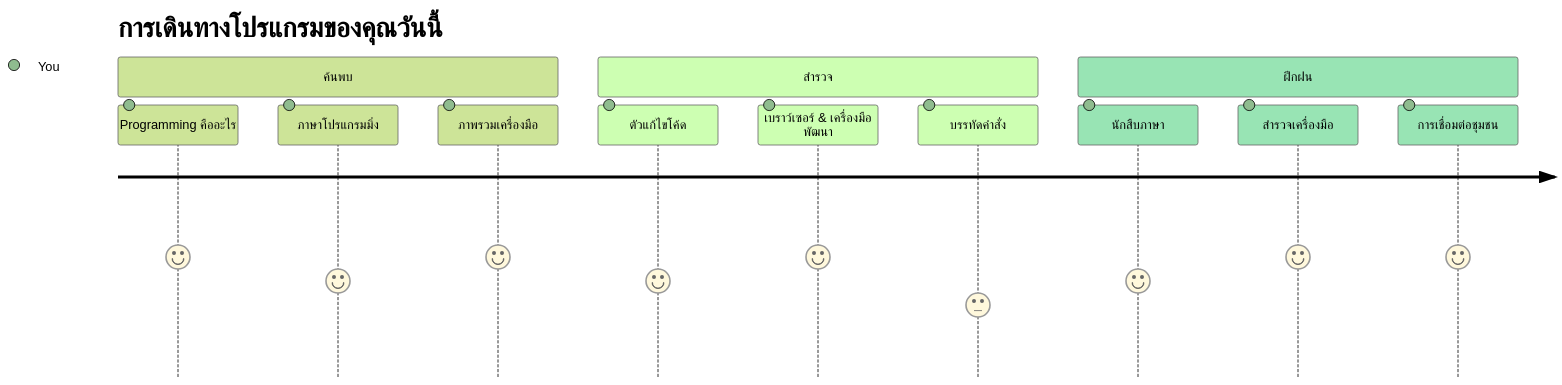
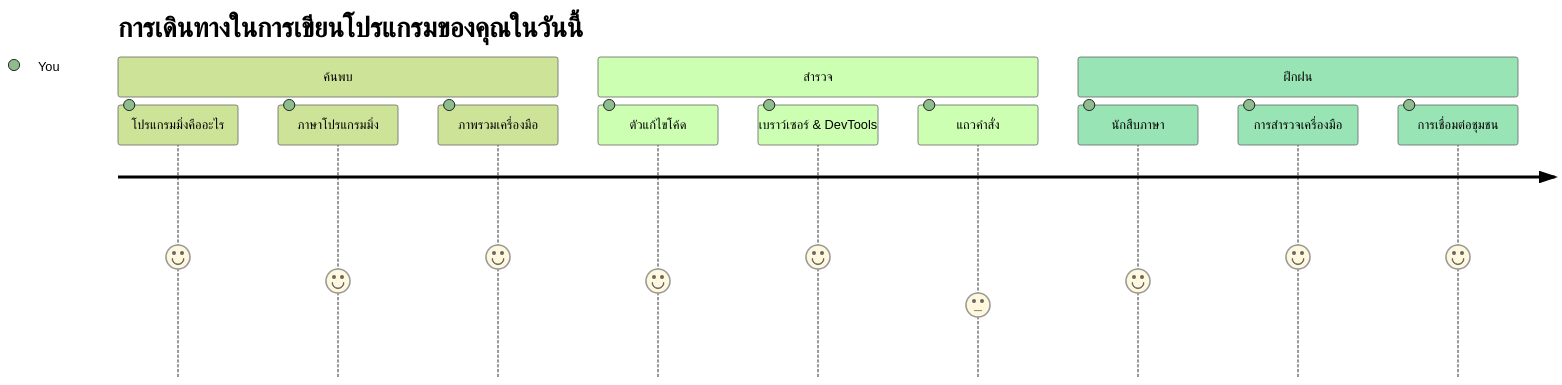
Before and after one commit to microsoft/Web-Dev-For-Beginners: the first of 7 diagrams in translations/th/1-getting-started-lessons/1-intro-to-programming-languages/README.md, drawn with Mermaid (forest theme). The commit also changed other lines of this file and 11 other files, not shown here.

````diff
--- a/translations/th/1-getting-started-lessons/1-intro-to-programming-languages/README.md
+++ b/translations/th/1-getting-started-lessons/1-intro-to-programming-languages/README.md
@@ -14,16 +14,16 @@
 ```mermaid
 journey
-    title การเดินทางโปรแกรมของคุณวันนี้
+    title การเดินทางในการเขียนโปรแกรมของคุณในวันนี้
     section ค้นพบ
-      Programming คืออะไร: 5: You
+      โปรแกรมมิ่งคืออะไร: 5: You
       ภาษาโปรแกรมมิ่ง: 4: You
       ภาพรวมเครื่องมือ: 5: You
     section สำรวจ
       ตัวแก้ไขโค้ด: 4: You
-      เบราว์เซอร์ & เครื่องมือพัฒนา: 5: You
-      บรรทัดคำสั่ง: 3: You
+      เบราว์เซอร์ & DevTools: 5: You
+      แถวคำสั่ง: 3: You
     section ฝึกฝน
       นักสืบภาษา: 4: You
-      สำรวจเครื่องมือ: 5: You
+      การสำรวจเครื่องมือ: 5: You
       การเชื่อมต่อชุมชน: 5: You
 ```
````
